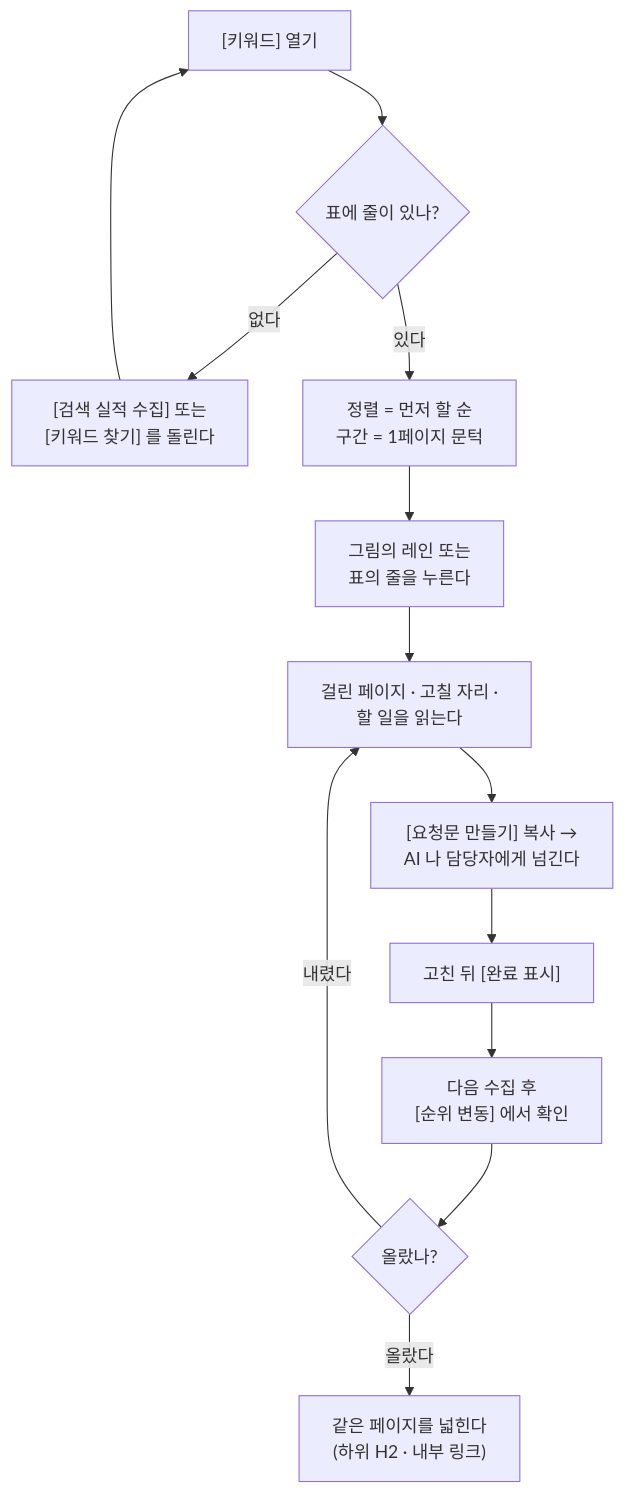
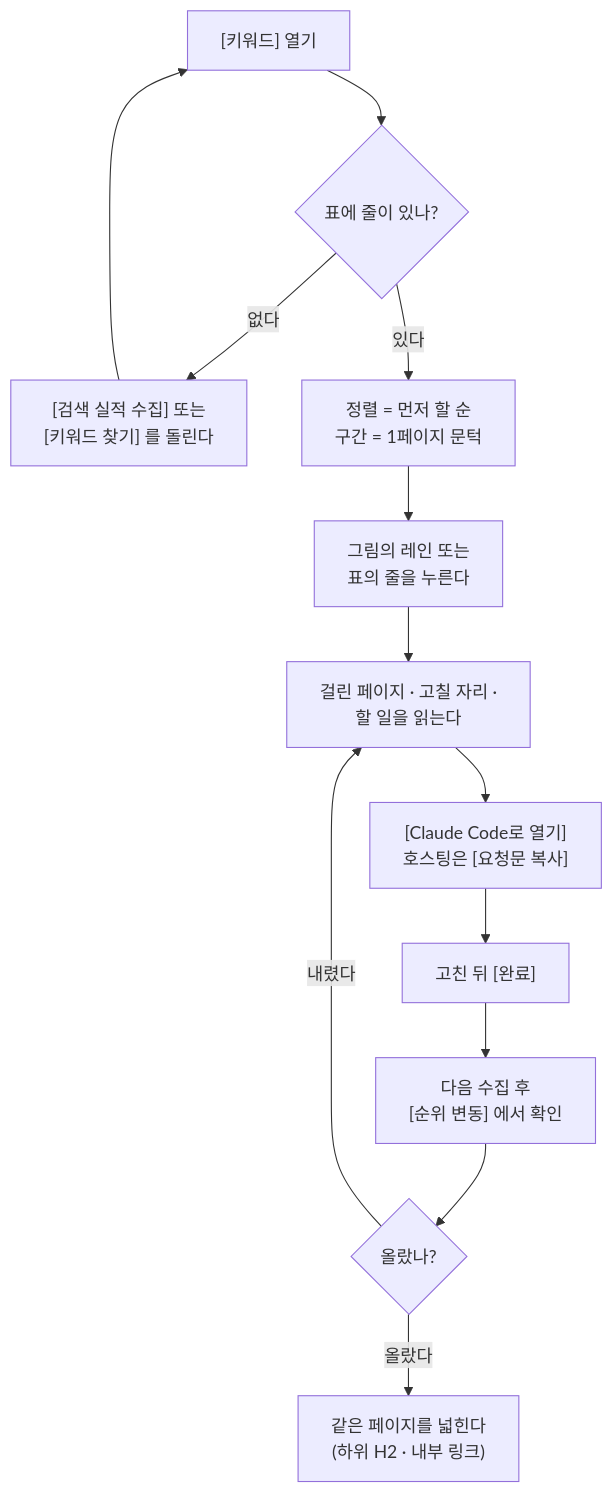
The diagram in docs/screens/keywords.md (seanjr2847/seo-miner), drawn with Mermaid before and after one commit. The commit also changed other lines of this file and 21 other files, not shown here.

````diff
--- a/docs/screens/keywords.md
+++ b/docs/screens/keywords.md
@@ -113,15 +114,15 @@
 ```mermaid
 flowchart TD
   A["[키워드] 열기"] --> B{"표에 줄이 있나?"}
   B -->|"없다"| C["[검색 실적 수집] 또는<br/>[키워드 찾기] 를 돌린다"]
   C --> A
   B -->|"있다"| D["정렬 = 먼저 할 순<br/>구간 = 1페이지 문턱"]
   D --> E["그림의 레인 또는<br/>표의 줄을 누른다"]
   E --> F["걸린 페이지 · 고칠 자리 ·<br/>할 일을 읽는다"]
-  F --> G["[요청문 만들기] 복사 →<br/>AI 나 담당자에게 넘긴다"]
-  G --> H["고친 뒤 [완료 표시]"]
+  F --> G["[Claude Code로 열기]<br/>호스팅은 [요청문 복사]"]
+  G --> H["고친 뒤 [완료]"]
   H --> I["다음 수집 후<br/>[순위 변동] 에서 확인"]
   I --> J{"올랐나?"}
   J -->|"올랐다"| K["같은 페이지를 넓힌다<br/>(하위 H2 · 내부 링크)"]
   J -->|"내렸다"| F
 ```
````
